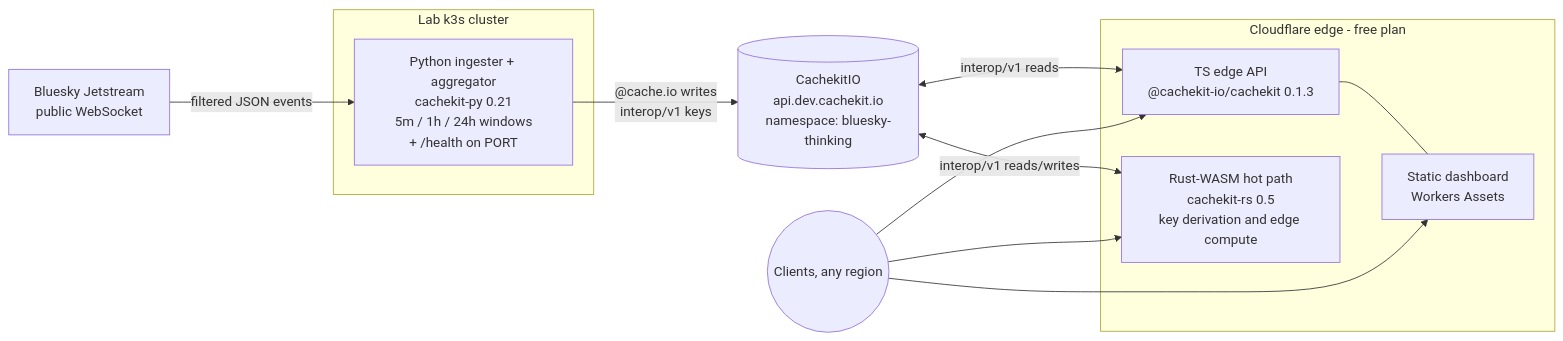
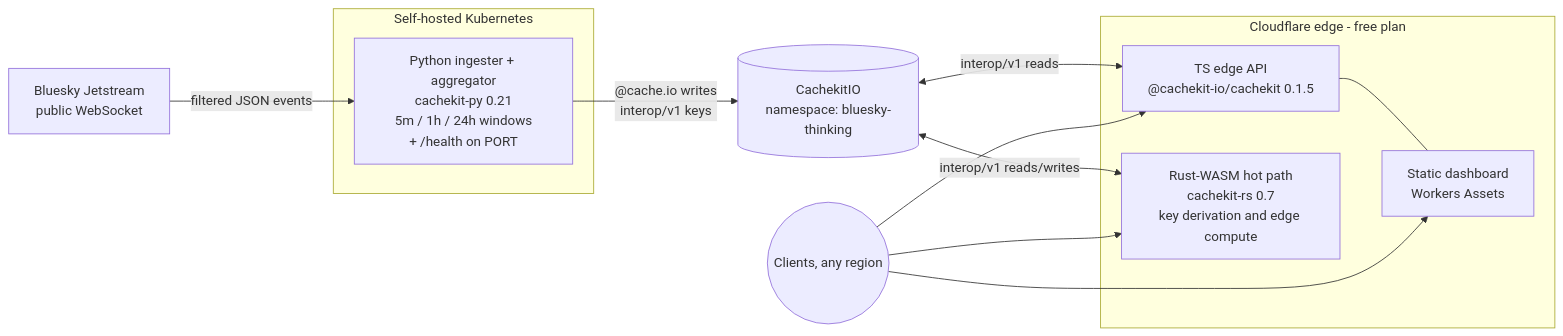
One commit to cachekit-io/bluesky-thinking changed the diagram in README.md. Above: the diagram before and after it, drawn with Mermaid. The commit also changed other lines of this file and 6 other files, not shown here.

````diff
--- a/README.md
+++ b/README.md
@@ -33,21 +33,21 @@
 ```mermaid
 flowchart LR
     JS[Bluesky Jetstream\npublic WebSocket] -->|filtered JSON events| ING
 
-    subgraph Lab k3s cluster
+    subgraph Self-hosted Kubernetes
         ING[Python ingester + aggregator\ncachekit-py 0.21\n5m / 1h / 24h windows\n+ /health on PORT]
     end
 
-    ING -->|"@cache.io writes\ninterop/v1 keys"| CK[(CachekitIO\napi.dev.cachekit.io\nnamespace: bluesky-thinking)]
+    ING -->|"@cache.io writes\ninterop/v1 keys"| CK[(CachekitIO\nnamespace: bluesky-thinking)]
 
     subgraph Cloudflare edge - free plan
-        API[TS edge API\n@cachekit-io/cachekit 0.1.3]
-        WASM[Rust-WASM hot path\ncachekit-rs 0.5\nkey derivation and edge compute]
+        API[TS edge API\n@cachekit-io/cachekit 0.1.5]
+        WASM[Rust-WASM hot path\ncachekit-rs 0.7\nkey derivation and edge compute]
         DASH[Static dashboard\nWorkers Assets]
     end
 
     CK <-->|interop/v1 reads| API
     CK <-->|interop/v1 reads/writes| WASM
     API --- DASH
     Browser((Clients, any region)) --> DASH & API & WASM
 ```
````
